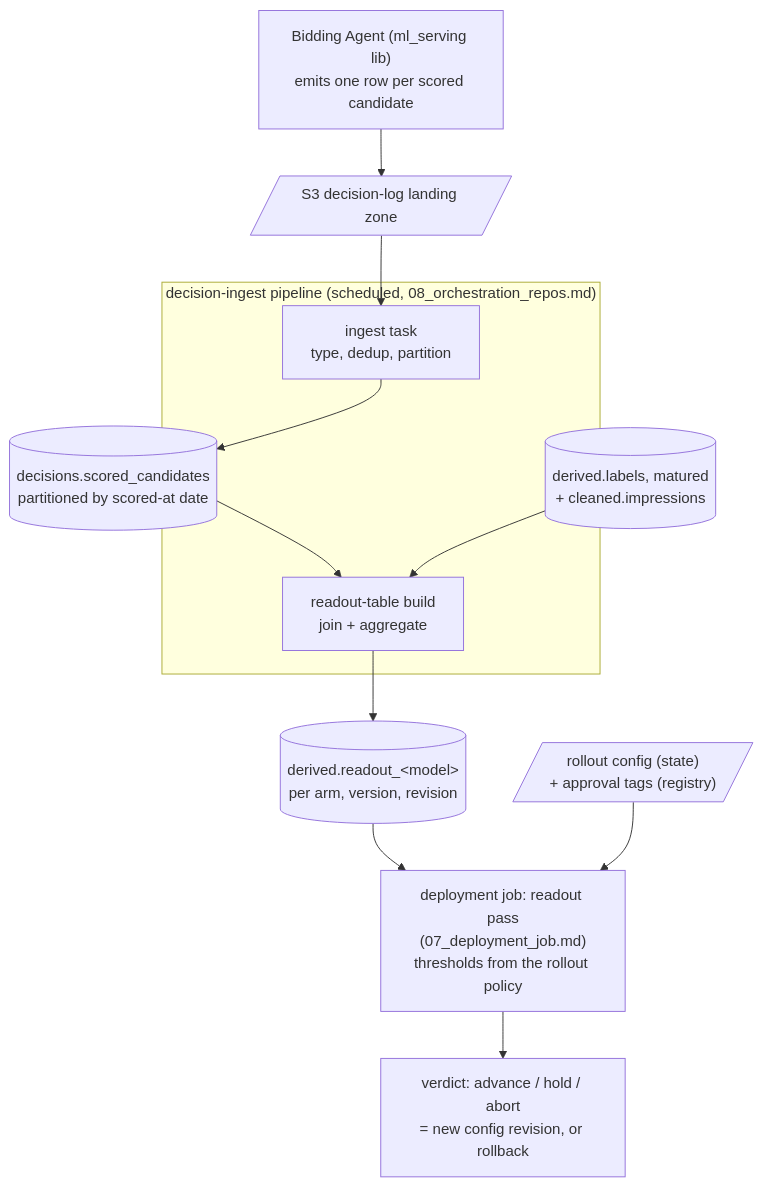
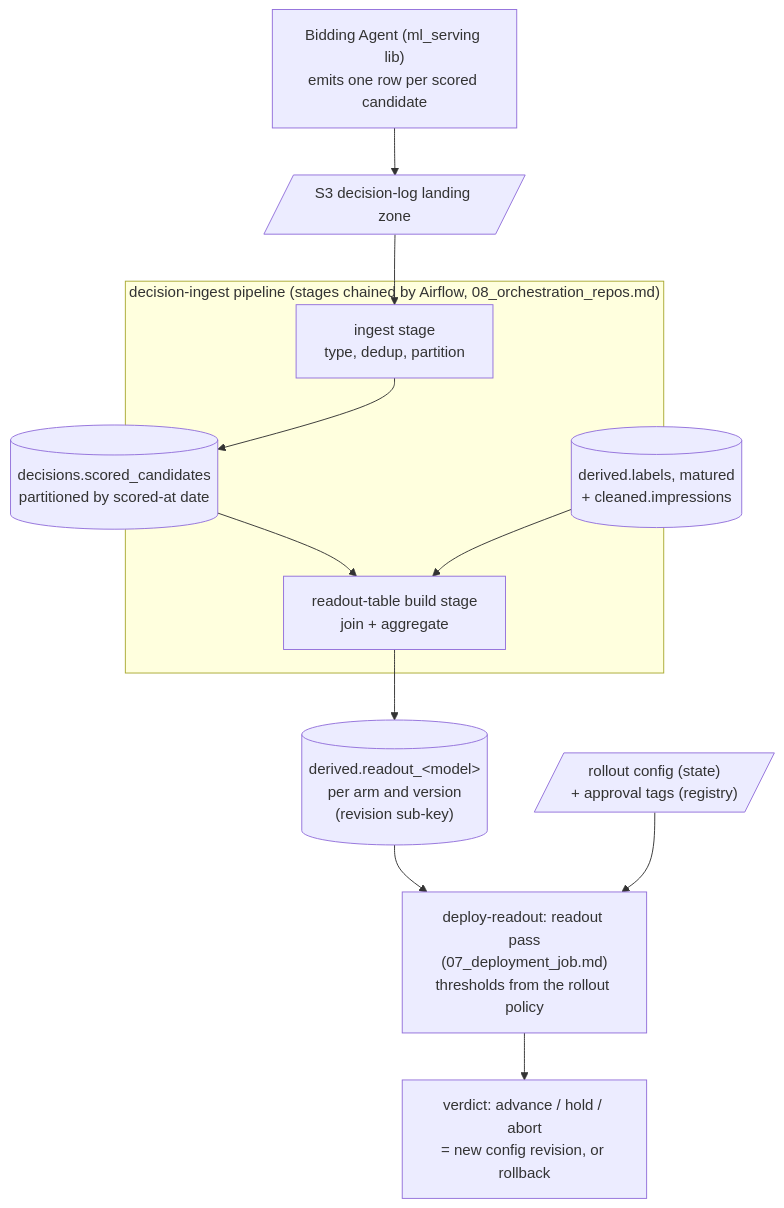
Before and after one commit to cunha-sigma/ml_offline: the second of 3 diagrams in design_docs/09_monitoring.md, drawn with Mermaid. The commit also changed other lines of this file and 11 other files, not shown here.

````diff
--- a/design_docs/09_monitoring.md
+++ b/design_docs/09_monitoring.md
@@ -75,26 +78,26 @@
 ```mermaid
 flowchart TB
   AGENT["Bidding Agent (ml_serving lib)<br/>emits one row per scored candidate"]
   LAND[/"S3 decision-log landing zone"/]
 
-  subgraph PIPE["decision-ingest pipeline (scheduled, 08_orchestration_repos.md)"]
-    ING["ingest task<br/>type, dedup, partition"]
-    RTB["readout-table build<br/>join + aggregate"]
+  subgraph PIPE["decision-ingest pipeline (stages chained by Airflow, 08_orchestration_repos.md)"]
+    ING["ingest stage<br/>type, dedup, partition"]
+    RTB["readout-table build stage<br/>join + aggregate"]
   end
 
   DEC[("decisions.scored_candidates<br/>partitioned by scored-at date")]
   LBLS[("derived.labels, matured<br/>+ cleaned.impressions")]
-  RO[("derived.readout_&lt;model&gt;<br/>per arm, version, revision")]
+  RO[("derived.readout_&lt;model&gt;<br/>per arm and version<br/>(revision sub-key)")]
 
   CFGS[/"rollout config (state)<br/>+ approval tags (registry)"/]
-  PASS["deployment job: readout pass<br/>(07_deployment_job.md)<br/>thresholds from the rollout policy"]
+  PASS["deploy-readout: readout pass<br/>(07_deployment_job.md)<br/>thresholds from the rollout policy"]
   VER["verdict: advance / hold / abort<br/>= new config revision, or rollback"]
 
   AGENT --> LAND --> ING --> DEC
   DEC --> RTB
   LBLS --> RTB
   RTB --> RO
   RO --> PASS
   CFGS --> PASS
   PASS --> VER
 ```
````
